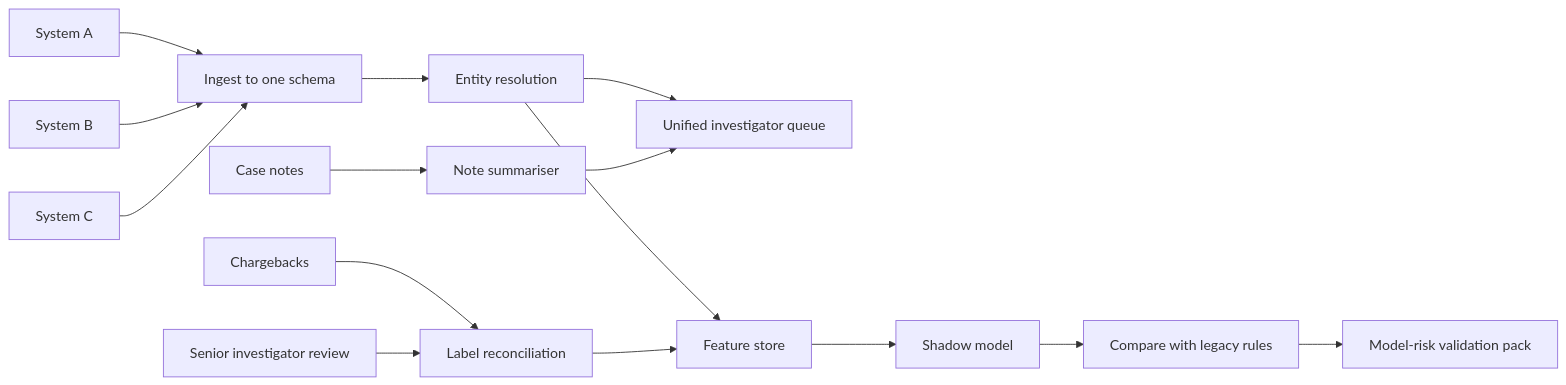
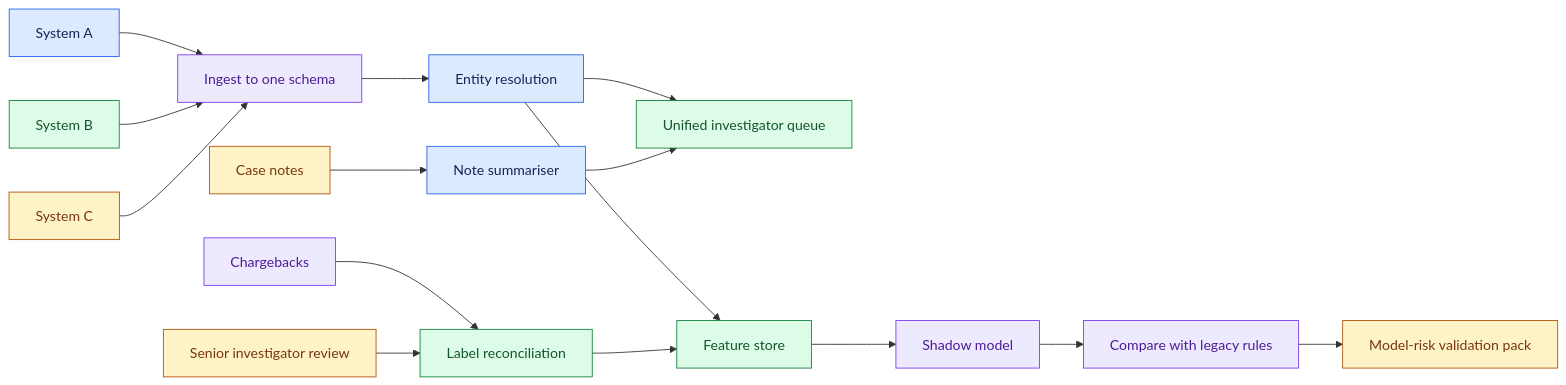
The second of 4 diagrams in site/content/modules/15-fde-case-studies/judgement-and-decomposition/decomposition-classics-67-68-69/guide-part-2.md (Sourav692/Forward-Deployed-Engineer-Interview-Prep), drawn with Mermaid before and after one commit. The commit also changed other lines of this file and 1268 other files, not shown here.

First line of the commit message:
content: polish Casebook writing and Mermaid diagrams (#251)

````diff
--- a/site/content/modules/15-fde-case-studies/judgement-and-decomposition/decomposition-classics-67-68-69/guide-part-2.md
+++ b/site/content/modules/15-fde-case-studies/judgement-and-decomposition/decomposition-classics-67-68-69/guide-part-2.md
@@ -71,17 +103,27 @@
 ```mermaid
 flowchart LR
   A[System A] --> I[Ingest to one schema]
   B[System B] --> I
   C[System C] --> I
   I --> E[Entity resolution]
   E --> Q[Unified investigator queue]
   E --> F[Feature store]
   N[Case notes] --> S[Note summariser]
   S --> Q
   CB[Chargebacks] --> L[Label reconciliation]
   R[Senior investigator review] --> L
   L --> F
   F --> M[Shadow model]
   M --> V[Compare with legacy rules]
   V --> MR[Model-risk validation pack]
+
+    %% Casebook colours: entry, reasoning, results, controls, and stopped paths.
+    classDef cbInput fill:#dbeafe,stroke:#2563eb,color:#172554
+    class A,E,S cbInput
+    classDef cbReason fill:#ede9fe,stroke:#7c3aed,color:#4c1d95
+    class I,CB,M,V cbReason
+    classDef cbAction fill:#dcfce7,stroke:#15803d,color:#14532d
+    class B,Q,F,L cbAction
+    classDef cbPolicy fill:#fef3c7,stroke:#b45309,color:#78350f
+    class C,N,R,MR cbPolicy
 ```
````
